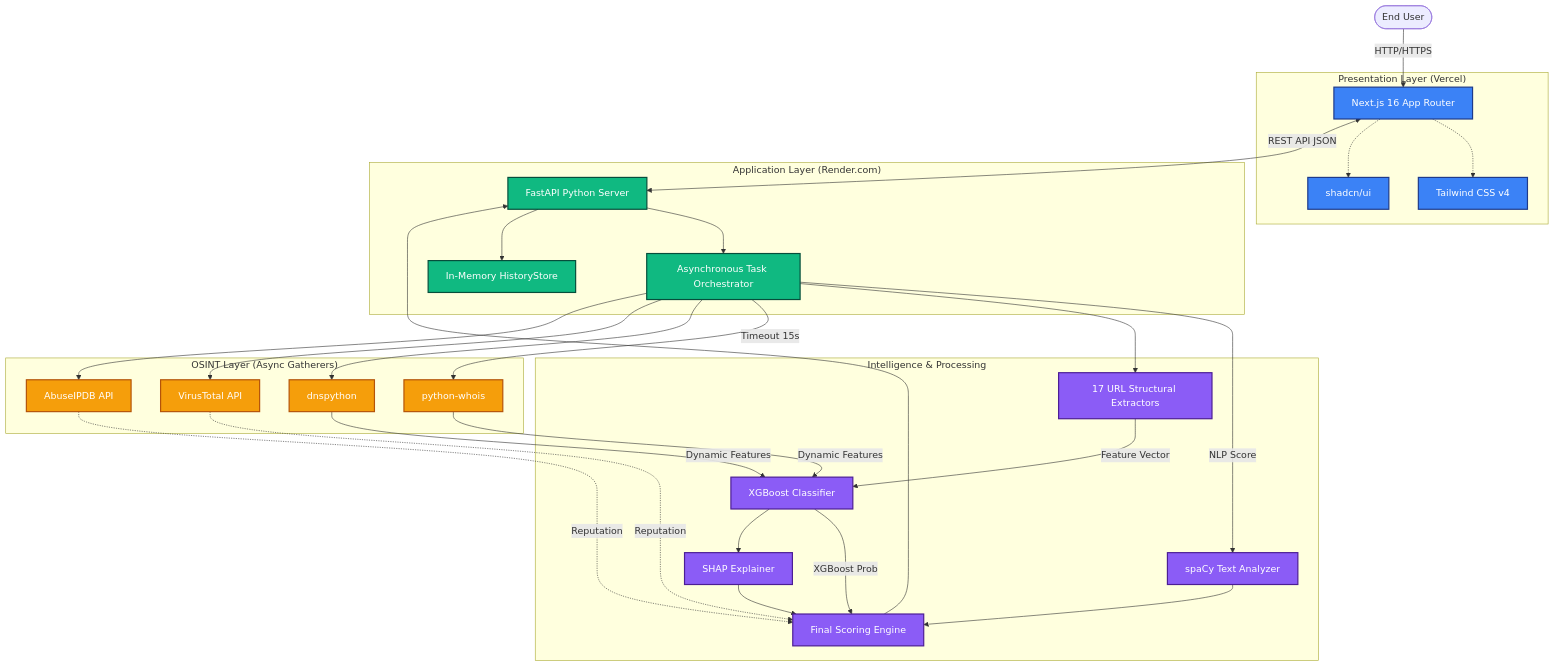
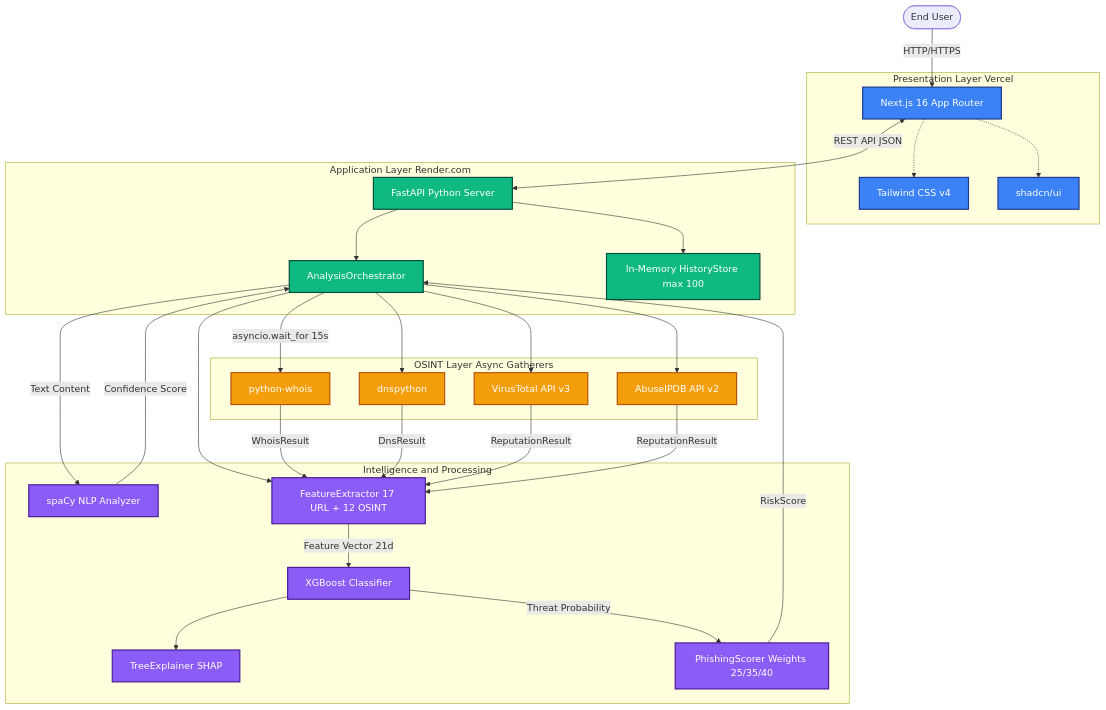
One commit to ELTE-DSED/phishing-detection-osint changed the diagram in docs/diagrams/mermaid/system-architecture.mmd. Above: the diagram before and after it, drawn with Mermaid. The commit also changed 11 other files, not shown here.

First line of the commit message:
docs: Second-pass Mermaid diagram audit - fix all 5 diagrams to precisely match codebase

```diff
--- a/docs/diagrams/mermaid/system-architecture.mmd
+++ b/docs/diagrams/mermaid/system-architecture.mmd
@@ -1,59 +1,57 @@
 graph TD
-    classDef frontend fill:#3b82f6,stroke:#1e3a8a,stroke-width:2px,color:#fff;
-    classDef backend fill:#10b981,stroke:#064e3b,stroke-width:2px,color:#fff;
-    classDef ml fill:#8b5cf6,stroke:#4c1d95,stroke-width:2px,color:#fff;
-    classDef external fill:#f59e0b,stroke:#b45309,stroke-width:2px,color:#fff;
+classDef frontend fill:#3b82f6,stroke:#1e3a8a,stroke-width:2px,color:#fff;
+classDef backend fill:#10b981,stroke:#064e3b,stroke-width:2px,color:#fff;
+classDef ml fill:#8b5cf6,stroke:#4c1d95,stroke-width:2px,color:#fff;
+classDef external fill:#f59e0b,stroke:#b45309,stroke-width:2px,color:#fff;
 
-    subgraph "Presentation Layer (Vercel)"
-        NextJS[Next.js 16 App Router]:::frontend
-        Tailwind[Tailwind CSS v4]:::frontend
-        Shadcn[shadcn/ui]:::frontend
-        NextJS -.-> Tailwind
-        NextJS -.-> Shadcn
-    end
+subgraph "Presentation Layer Vercel"
+NextJS[Next.js 16 App Router]:::frontend
+Tailwind[Tailwind CSS v4]:::frontend
+Shadcn[shadcn/ui]:::frontend
+NextJS -.-> Tailwind
+NextJS -.-> Shadcn
+end
 
-    subgraph "Application Layer (Render.com)"
-        FastAPI[FastAPI Python Server]:::backend
-        Orchestrator[Asynchronous Task Orchestrator]:::backend
-        History[In-Memory HistoryStore]:::backend
-        
-        FastAPI --> Orchestrator
-        FastAPI --> History
-    end
+subgraph "Application Layer Render.com"
+FastAPI[FastAPI Python Server]:::backend
+Orchestrator[AnalysisOrchestrator]:::backend
+History[In-Memory HistoryStore max 100]:::backend
 
-    subgraph "Intelligence & Processing"
-        NLP[spaCy Text Analyzer]:::ml
-        FeatExtract[17 URL Structural Extractors]:::ml
-        ML_Model[XGBoost Classifier]:::ml
-        SHAP[SHAP Explainer]:::ml
-        Scorer[Final Scoring Engine]:::ml
-        
-        Orchestrator -->|NLP Score| NLP
-        Orchestrator --> FeatExtract
-        FeatExtract -->|Feature Vector| ML_Model
-        NLP --> Scorer
-        ML_Model -->|XGBoost Prob| Scorer
-        ML_Model --> SHAP
-        SHAP --> Scorer
-    end
+FastAPI --> Orchestrator
+FastAPI --> History
+end
 
-    subgraph "OSINT Layer (Async Gatherers)"
-        WHOIS[python-whois]:::external
-        DNS[dnspython]:::external
-        VT[VirusTotal API]:::external
-        AbuseIPDB[AbuseIPDB API]:::external
-        
-        Orchestrator -->|Timeout 15s| WHOIS
-        Orchestrator --> DNS
-        Orchestrator --> VT
-        Orchestrator --> AbuseIPDB
-    end
+subgraph "Intelligence and Processing"
+NLP[spaCy NLP Analyzer]:::ml
+FeatExtract[FeatureExtractor 17 URL + 12 OSINT]:::ml
+ML_Model[XGBoost Classifier]:::ml
+SHAP[TreeExplainer SHAP]:::ml
+Scorer[PhishingScorer Weights 25/35/40]:::ml
 
-    %% Connections
-    User([End User]) -->|HTTP/HTTPS| NextJS
-    NextJS <-->|REST API JSON| FastAPI
-    WHOIS -->|Dynamic Features| ML_Model
-    DNS -->|Dynamic Features| ML_Model
-    VT -.->|Reputation| Scorer
-    AbuseIPDB -.->|Reputation| Scorer
-    Scorer --> FastAPI
+Orchestrator --> FeatExtract
+FeatExtract -->|Feature Vector 21d| ML_Model
+Orchestrator -->|Text Content| NLP
+ML_Model -->|Threat Probability| Scorer
+ML_Model --> SHAP
+NLP -->|Confidence Score| Orchestrator
+end
+
+subgraph "OSINT Layer Async Gatherers"
+WHOIS[python-whois]:::external
+DNS[dnspython]:::external
+VT[VirusTotal API v3]:::external
+AbuseIPDB[AbuseIPDB API v2]:::external
+
+Orchestrator -->|asyncio.wait_for 15s| WHOIS
+Orchestrator --> DNS
+Orchestrator --> VT
+Orchestrator --> AbuseIPDB
+WHOIS -->|WhoisResult| FeatExtract
+DNS -->|DnsResult| FeatExtract
+VT -->|ReputationResult| FeatExtract
+AbuseIPDB -->|ReputationResult| FeatExtract
+end
+
+User([End User]) -->|HTTP/HTTPS| NextJS
+NextJS <-->|REST API JSON| FastAPI
+Scorer -->|RiskScore| Orchestrator
```
